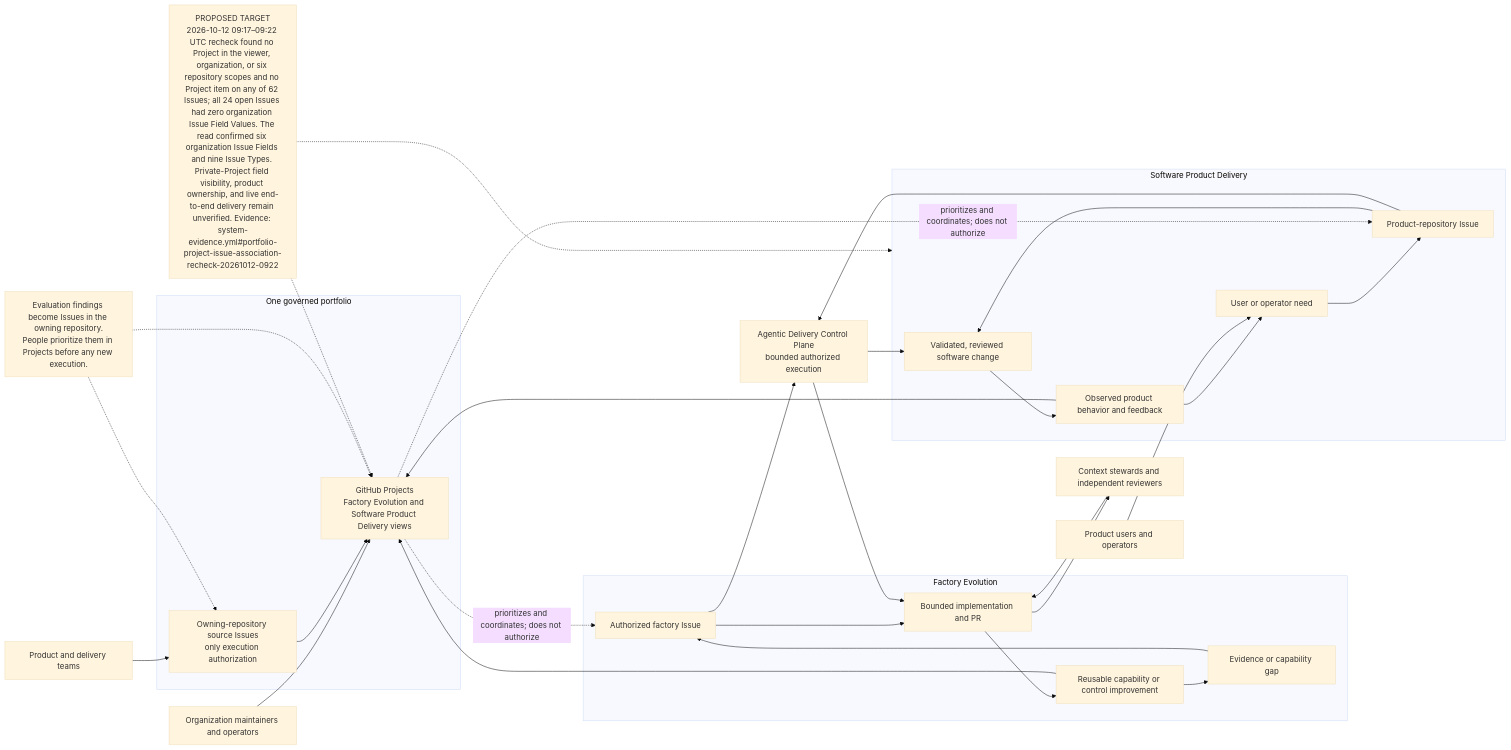
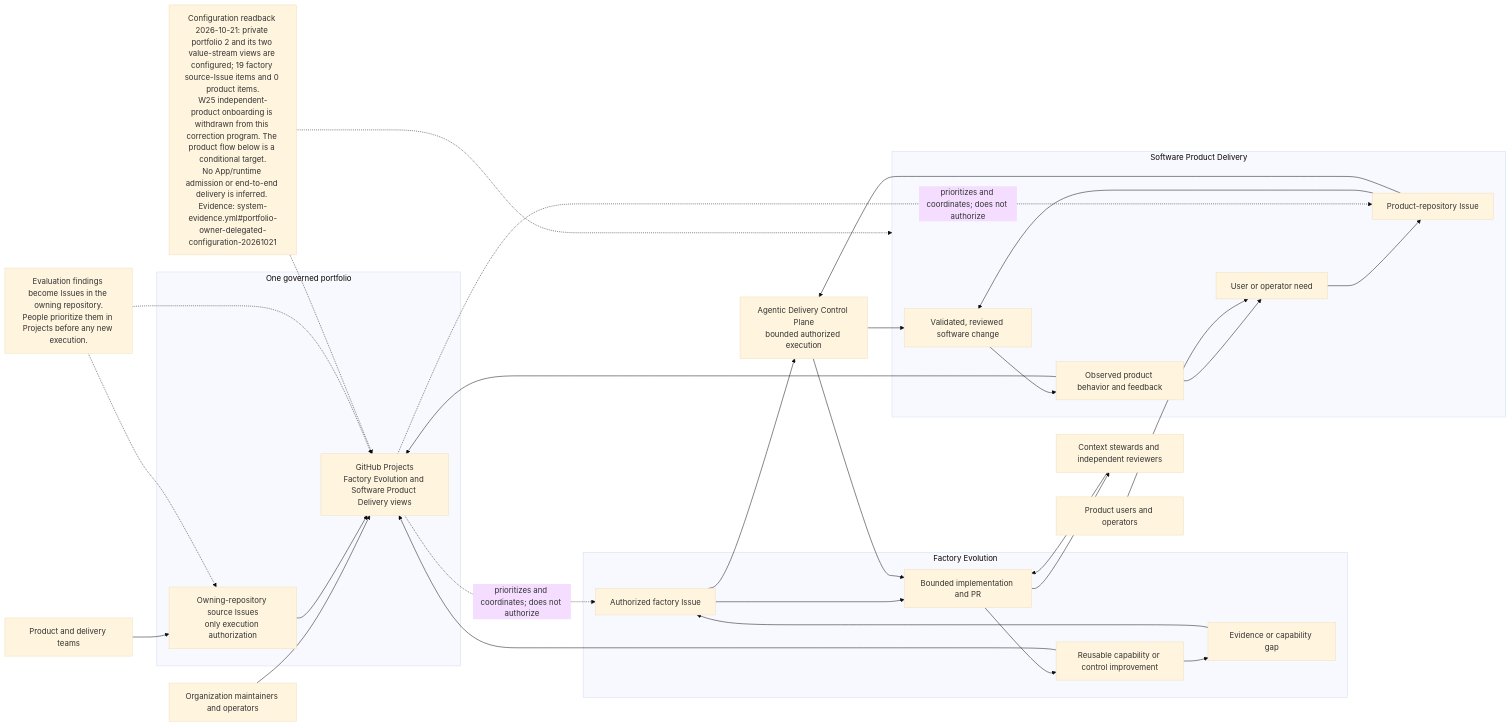
Before and after one commit to agentic-delivery-lab/agentic-delivery-architecture: the diagram in architecture/diagrams/mermaid/strategy-value-streams.mmd, drawn with Mermaid (base theme). The commit also changed 8 other files, not shown here.

Commit message:
docs(architecture): 📝 reconcile current portfolio views after review

```diff
--- a/architecture/diagrams/mermaid/strategy-value-streams.mmd
+++ b/architecture/diagrams/mermaid/strategy-value-streams.mmd
@@ -1,49 +1,49 @@
 flowchart LR
-  STATUS["PROPOSED TARGET<br/>2026-10-12 09:17–09:22 UTC recheck found no Project in the viewer, organization, or six repository scopes and no Project item on any of 62 Issues; all 24 open Issues had zero organization Issue Field Values. The read confirmed six organization Issue Fields and nine Issue Types. Private-Project field visibility, product ownership, and live end-to-end delivery remain unverified. Evidence: system-evidence.yml#portfolio-project-issue-association-recheck-20261012-0922"]
+  STATUS["Configuration readback 2026-10-21: private portfolio 2 and its two value-stream views are configured; 19 factory source-Issue items and 0 product items.<br/>W25 independent-product onboarding is withdrawn from this correction program. The product flow below is a conditional target.<br/>No App/runtime admission or end-to-end delivery is inferred. Evidence: system-evidence.yml#portfolio-owner-delegated-configuration-20261021"]
   MAINTAINERS["Organization maintainers and operators"]
   TEAMS["Product and delivery teams"]
   USERS["Product users and operators"]
   REVIEWERS["Context stewards and independent reviewers"]
   CONTROL["Agentic Delivery Control Plane<br/>bounded authorized execution"]
 
   subgraph PORTFOLIO["One governed portfolio"]
     PROJECT["GitHub Projects<br/>Factory Evolution and Software Product Delivery views"]
     ISSUE["Owning-repository source Issues<br/>only execution authorization"]
   end
 
   subgraph FACTORY["Factory Evolution"]
     F1["Evidence or capability gap"]
     F2["Authorized factory Issue"]
     F3["Bounded implementation and PR"]
     F4["Reusable capability or control improvement"]
     F1 --> F2 --> F3 --> F4
   end
 
   subgraph PRODUCT["Software Product Delivery"]
     P1["User or operator need"]
     P2["Product-repository Issue"]
     P3["Validated, reviewed software change"]
     P4["Observed product behavior and feedback"]
     P1 --> P2 --> P3 --> P4
   end
 
   MAINTAINERS --> PROJECT
   TEAMS --> ISSUE
   REVIEWERS --> F3
   ISSUE --> PROJECT
   PROJECT -. "prioritizes and coordinates; does not authorize" .-> F2
   PROJECT -. "prioritizes and coordinates; does not authorize" .-> P2
   F2 --> CONTROL --> F3
   P2 --> CONTROL --> P3
   F4 --> F1
   P4 --> P1
   F4 --> PROJECT
   P4 --> PROJECT
   USERS --> P1
   F3 --> REVIEWERS
 
   NOTE["Evaluation findings become Issues in the owning repository.<br/>People prioritize them in Projects before any new execution."]
   NOTE -.-> PROJECT
   NOTE -.-> ISSUE
   STATUS -.-> PROJECT
   STATUS -.-> PRODUCT
```
